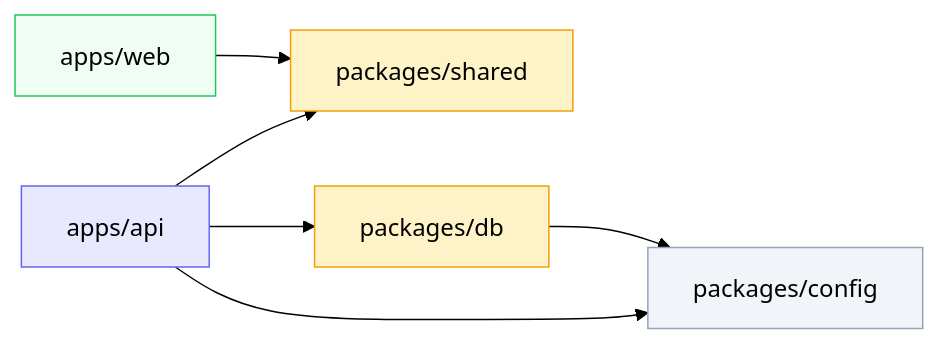
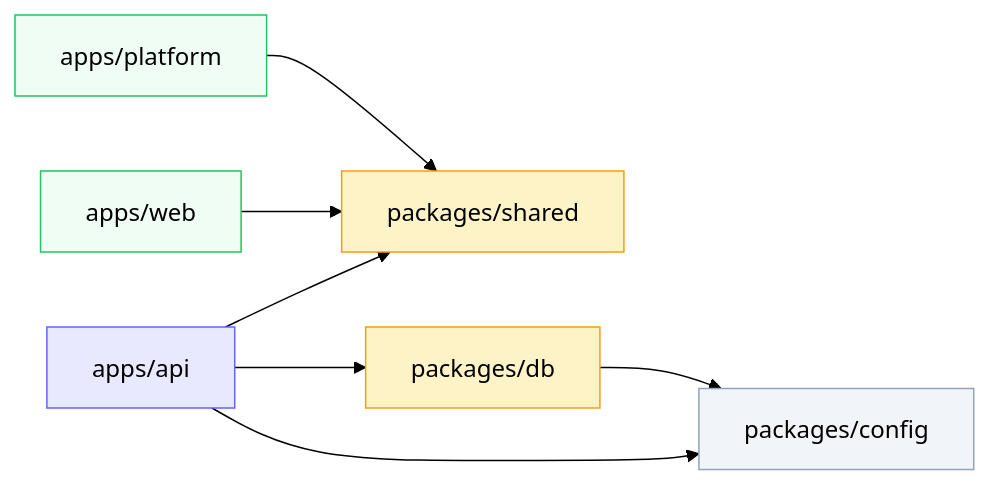
The sixth of 8 diagrams in docs/v3/planned/00-overview.md (devangshupandey2025-stack/DevSage), drawn with Mermaid (forest theme) before and after one commit. The commit also changed other lines of this file and 5 other files, not shown here.

Commit message:
docs: rename apps/web to apps/platform for organizer dashboard, add apps/web for devsage.org

````diff
--- a/docs/v3/planned/00-overview.md
+++ b/docs/v3/planned/00-overview.md
@@ -409,14 +411,16 @@
 ```mermaid
 graph LR
     API["apps/api"] --> SHARED["packages/shared"]
     API --> DB["packages/db"]
     API --> CONFIG["packages/config"]
+    PLATFORM["apps/platform"] --> SHARED
     WEB["apps/web"] --> SHARED
     DB --> CONFIG
 
     style API fill:#e8e8ff,stroke:#6366f1
+    style PLATFORM fill:#f0fdf4,stroke:#22c55e
     style WEB fill:#f0fdf4,stroke:#22c55e
     style SHARED fill:#fef3c7,stroke:#f59e0b
     style DB fill:#fef3c7,stroke:#f59e0b
     style CONFIG fill:#f1f5f9,stroke:#94a3b8
 ```
````
